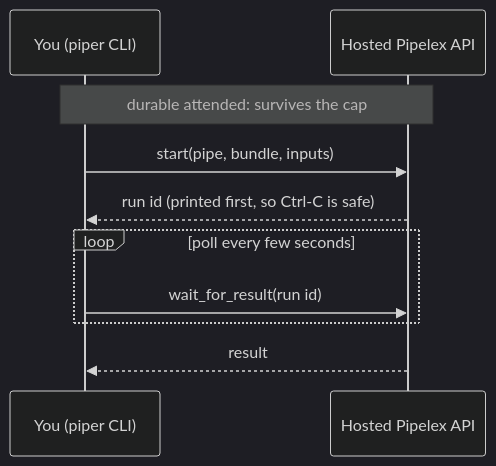
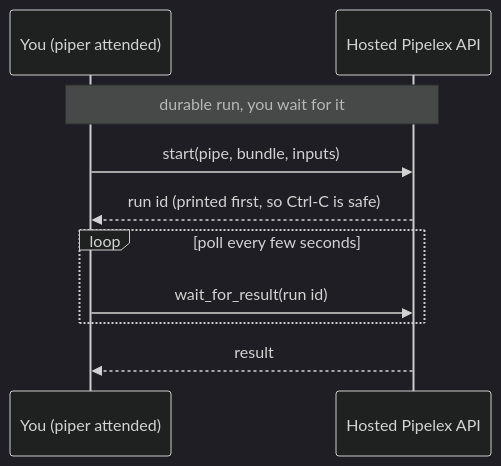
One commit to Pipelex/pipelex-starter-python changed the fourth of 5 diagrams in README.md. Above: the diagram before and after it, drawn with Mermaid (dark theme). The commit also changed other lines of this file and 53 other files, not shown here.

First line of the commit message:
Codegen: typed clients, restructured CLI modes, detached durable runs (#62)

````diff
--- a/README.md
+++ b/README.md
@@ -190,12 +215,12 @@
 ```mermaid
 sequenceDiagram
-    participant U as You (piper CLI)
+    participant U as You (piper attended)
     participant API as Hosted Pipelex API
-    Note over U,API: durable attended: survives the cap
+    Note over U,API: durable run, you wait for it
     U->>API: start(pipe, bundle, inputs)
     API-->>U: run id (printed first, so Ctrl-C is safe)
     loop poll every few seconds
         U->>API: wait_for_result(run id)
     end
     API-->>U: result
 ```
````
